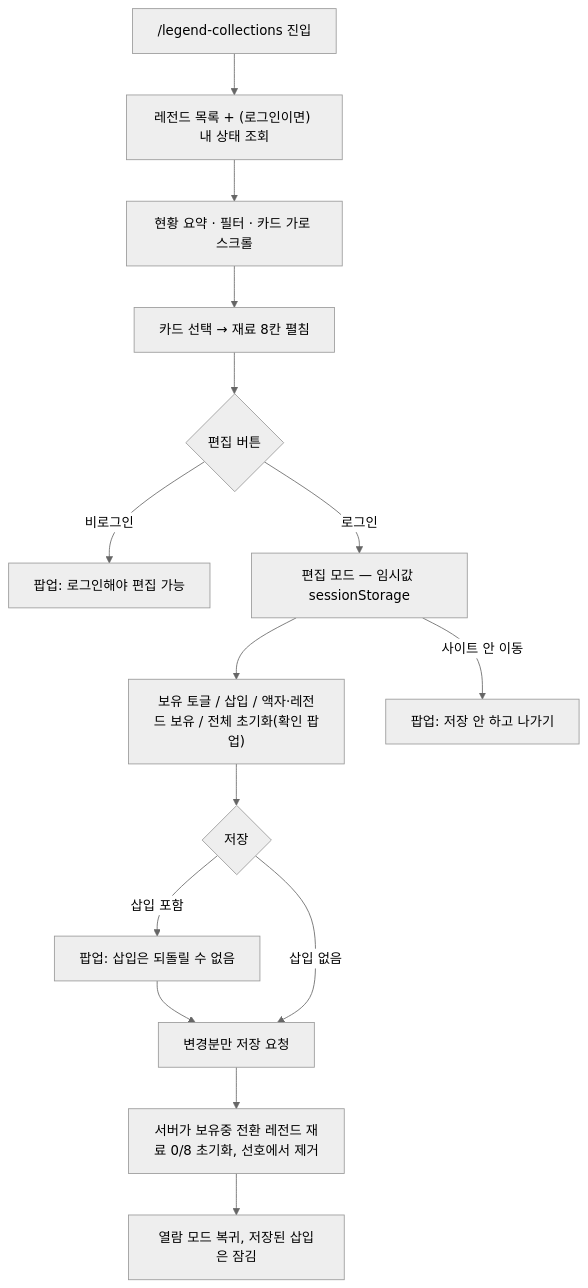
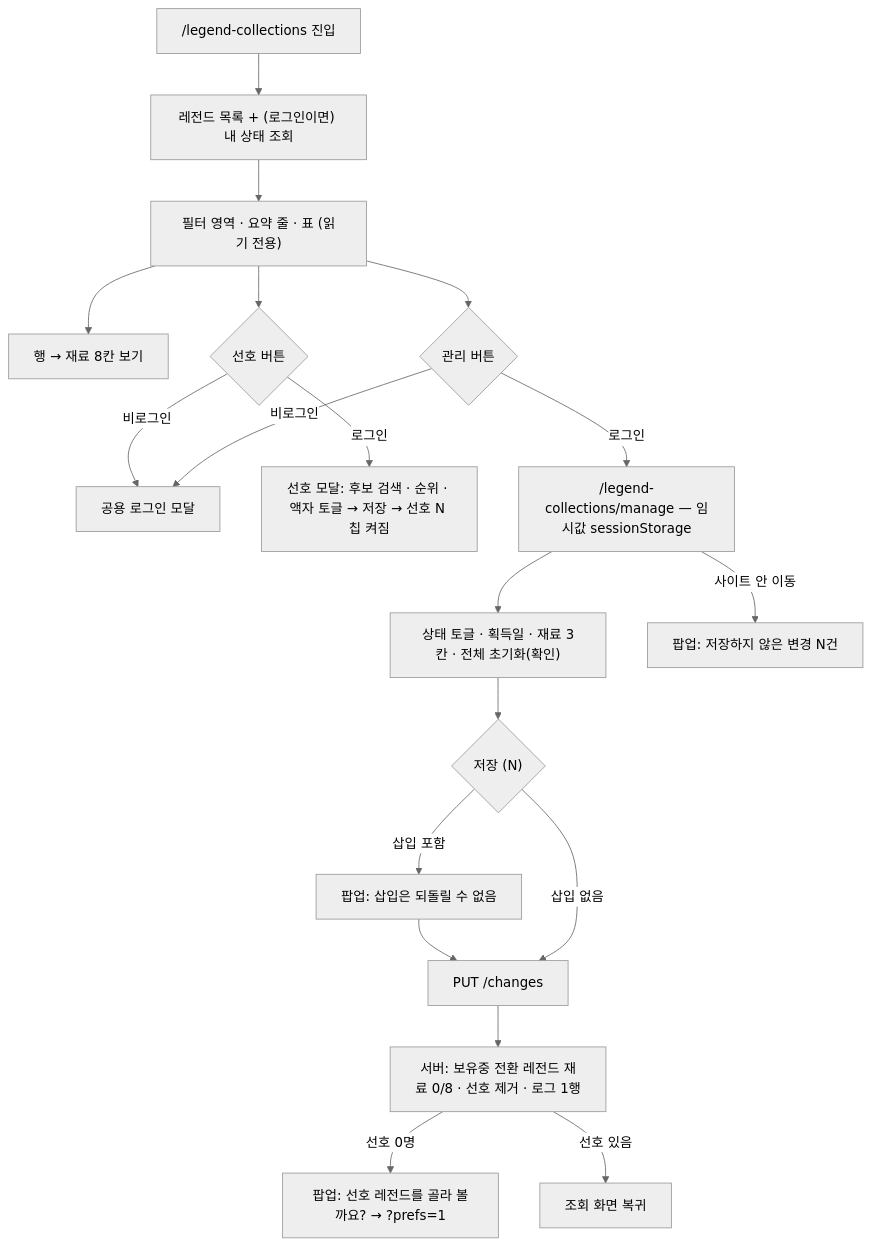
Before and after one commit to newfly101/compya2025: the diagram in docs/features/legendCollections/design.md, drawn with Mermaid (neutral theme). The commit also changed other lines of this file and 178 other files, not shown here.

First line of the commit message:
dev → master: 레전드 스킬 기록 · 획득일 · 콘텐츠 흐름 · 어드민 지역 분포 · 홈 섹션 정리 (#56)

````diff
--- a/docs/features/legendCollections/design.md
+++ b/docs/features/legendCollections/design.md
@@ -34,15 +37,20 @@
 ```mermaid
 flowchart TD
     A["/legend-collections 진입"] --> B["레전드 목록 + (로그인이면) 내 상태 조회"]
-    B --> C["현황 요약 · 필터 · 카드 가로 스크롤"]
-    C --> D["카드 선택 → 재료 8칸 펼침"]
-    D --> E{"편집 버튼"}
-    E -- "비로그인" --> F["팝업: 로그인해야 편집 가능"]
-    E -- "로그인" --> G["편집 모드 — 임시값 sessionStorage"]
-    G --> H["보유 토글 / 삽입 / 액자·레전드 보유 / 전체 초기화(확인 팝업)"]
-    H --> I{"저장"}
-    I -- "삽입 포함" --> J["팝업: 삽입은 되돌릴 수 없음"] --> K["변경분만 저장 요청"]
+    B --> C["필터 영역 · 요약 줄 · 표 (읽기 전용)"]
+    C --> D["행 → 재료 8칸 보기"]
+    C --> P{"선호 버튼"}
+    P -- "비로그인" --> F["공용 로그인 모달"]
+    P -- "로그인" --> Q["선호 모달: 후보 검색 · 순위 · 액자 토글 → 저장 → 선호 N 칩 켜짐"]
+    C --> E{"관리 버튼"}
+    E -- "비로그인" --> F
+    E -- "로그인" --> G["/legend-collections/manage — 임시값 sessionStorage"]
+    G --> H["상태 토글 · 획득일 · 재료 3칸 · 전체 초기화(확인)"]
+    H --> I{"저장 (N)"}
+    I -- "삽입 포함" --> J["팝업: 삽입은 되돌릴 수 없음"] --> K["PUT /changes"]
     I -- "삽입 없음" --> K
-    K --> K2["서버가 보유중 전환 레전드 재료 0/8 초기화, 선호에서 제거"] --> L["열람 모드 복귀, 저장된 삽입은 잠김"]
-    G -- "사이트 안 이동" --> M["팝업: 저장 안 하고 나가기"]
+    K --> K2["서버: 보유중 전환 레전드 재료 0/8 · 선호 제거 · 로그 1행"]
+    K2 -- "선호 0명" --> R["팝업: 선호 레전드를 골라 볼까요? → ?prefs=1"]
+    K2 -- "선호 있음" --> L["조회 화면 복귀"]
+    G -- "사이트 안 이동" --> M["팝업: 저장하지 않은 변경 N건"]
 ```
````
